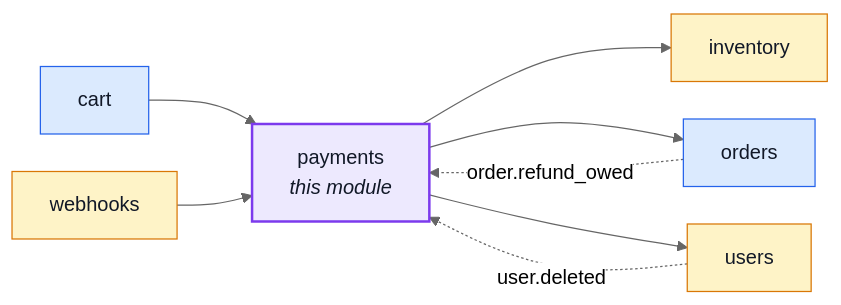
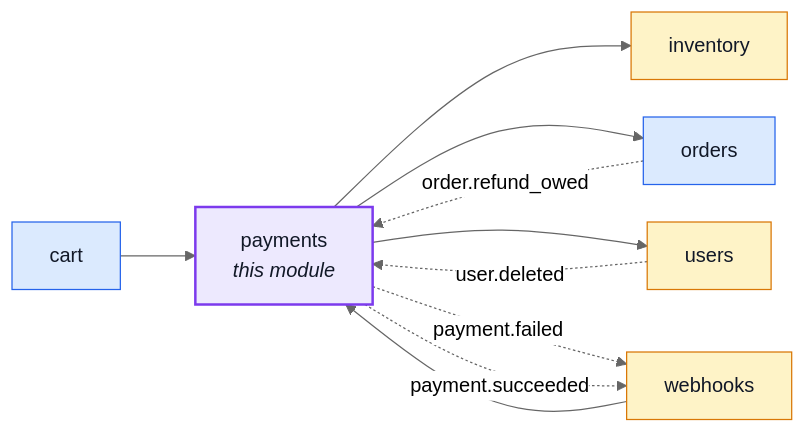
The first of 6 diagrams in docs/modules/payments.md (Guebbit/boilerplate-node-backend), drawn with Mermaid (neutral theme) before and after one commit. The commit also changed 3 other files, not shown here.

First line of the commit message:
feat(docs): draw webhooks' event edges on the generated module graph

````diff
--- a/docs/modules/payments.md
+++ b/docs/modules/payments.md
@@ -16,26 +16,28 @@
 ```mermaid
 %%{init: {'flowchart': {'nodeSpacing': 30, 'rankSpacing': 60}}}%%
 flowchart LR
     payments["payments<br/><i>this module</i>"]
     cart["cart"]
     inventory["inventory"]
     orders["orders"]
     users["users"]
     webhooks["webhooks"]
 
     cart --> payments
     webhooks --> payments
     payments --> inventory
     payments --> orders
     payments --> users
     orders -. "order.refund_owed" .-> payments
     users -. "user.deleted" .-> payments
+    payments -. "payment.failed" .-> webhooks
+    payments -. "payment.succeeded" .-> webhooks
 
     classDef core fill:#dbeafe,stroke:#2563eb,color:#111827;
     classDef supporting fill:#fef3c7,stroke:#d97706,color:#111827;
     classDef generic fill:#dcfce7,stroke:#16a34a,color:#111827;
     classDef centre fill:#ede9fe,stroke:#7c3aed,stroke-width:2px,color:#111827;
     class cart,orders core;
     class inventory,users,webhooks supporting;
     class payments centre;
 ```
````
